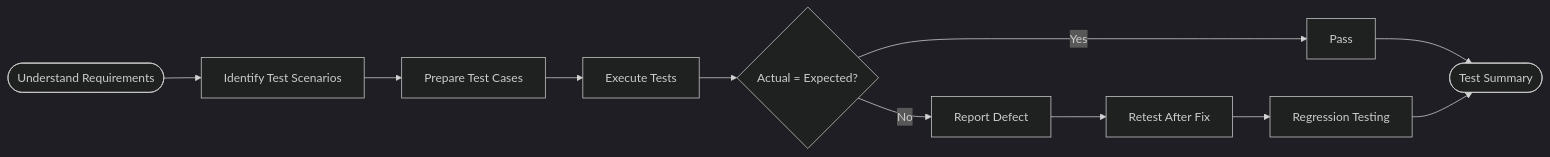
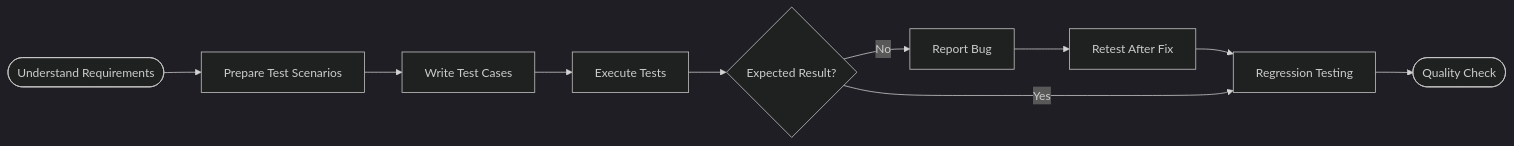
One commit to ManjulaSwami/ManjulaSwami changed the diagram in README.md. Above: the diagram before and after it, drawn with Mermaid (dark theme). The commit also changed other lines of this file, not shown here.

````diff
--- a/README.md
+++ b/README.md
@@ -39,13 +52,12 @@
 ```mermaid
 flowchart LR
-    A([Understand Requirements]) --> B[Identify Test Scenarios]
-    B --> C[Prepare Test Cases]
+    A([Understand Requirements]) --> B[Prepare Test Scenarios]
+    B --> C[Write Test Cases]
     C --> D[Execute Tests]
-    D --> E{Actual = Expected?}
-    E -- Yes --> F[Pass]
-    E -- No --> G[Report Defect]
-    G --> H[Retest After Fix]
-    H --> I[Regression Testing]
-    F --> J([Test Summary])
-    I --> J
+    D --> E{Expected Result?}
+    E -->|No| F[Report Bug]
+    F --> G[Retest After Fix]
+    G --> H[Regression Testing]
+    E -->|Yes| H
+    H --> I([Quality Check])
 ```
````
